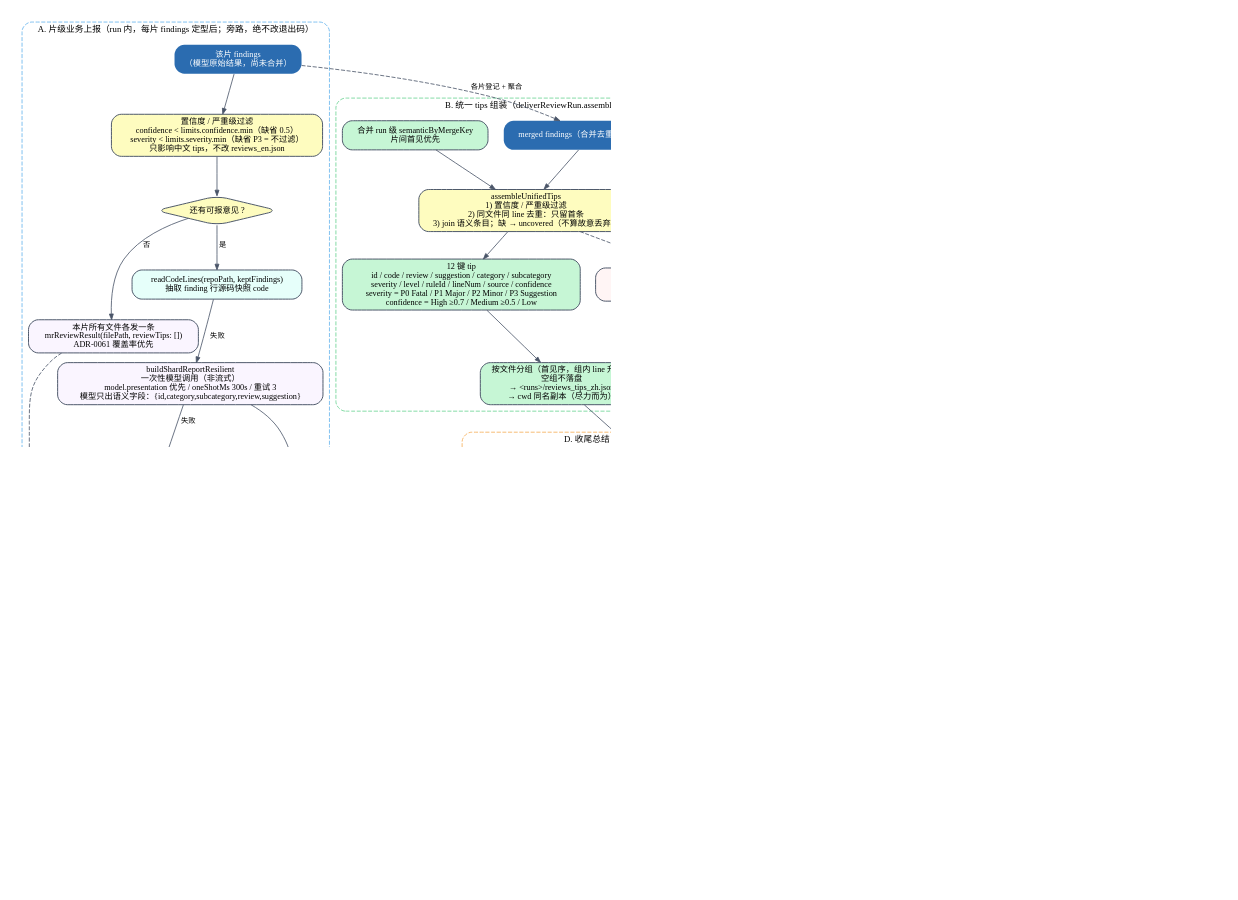
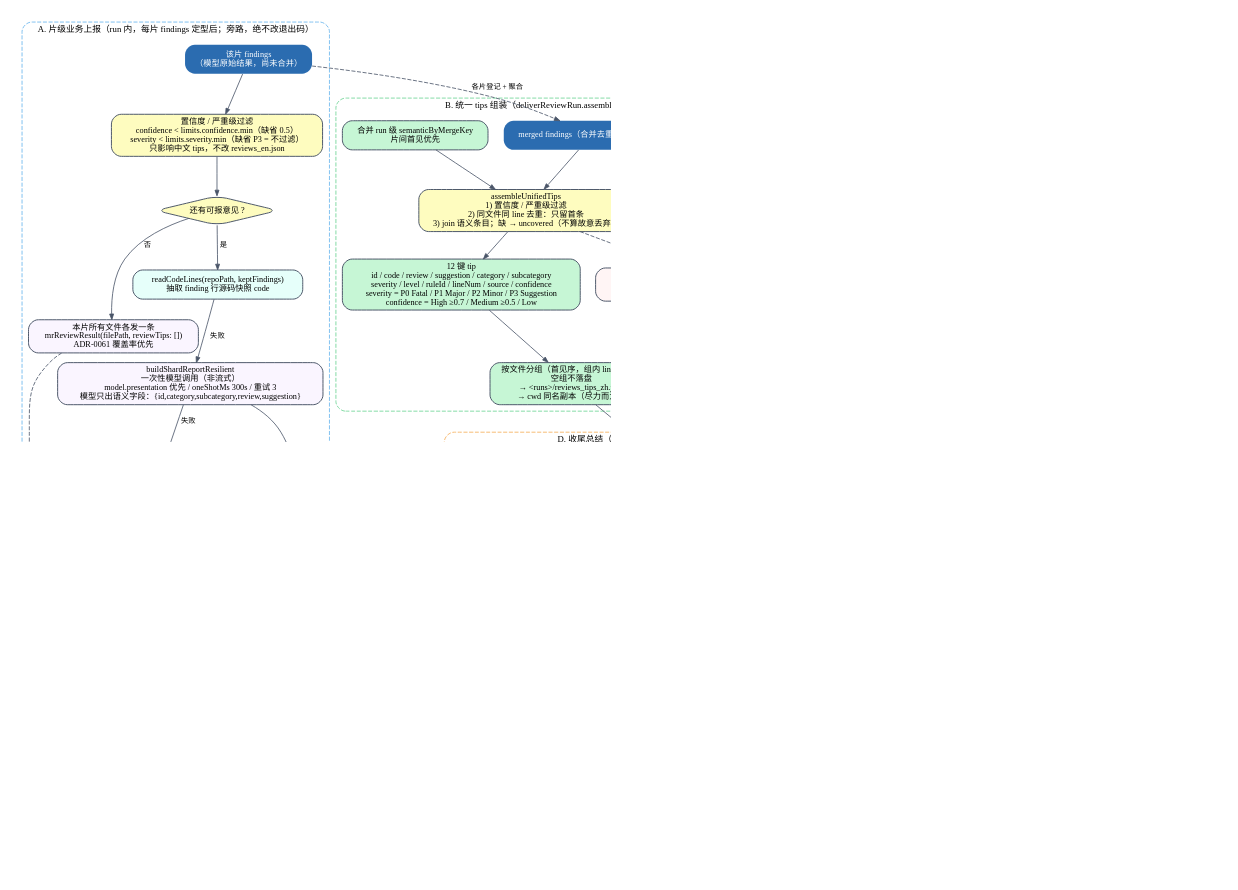
One commit to ffanwei/ReviewAgent-pi changed the diagram in docs/png/review-reporting.dot. Above: the diagram before and after it, drawn with Graphviz. The commit also changed 18 other files, not shown here.

```diff
--- a/docs/png/review-reporting.dot
+++ b/docs/png/review-reporting.dot
@@ -1,93 +1,93 @@
 digraph review_reporting {
   graph [charset="UTF-8", rankdir=TB, bgcolor="white", fontname="Microsoft YaHei", fontsize=12,
          nodesep=0.26, ranksep=0.34, pad=0.25, dpi=150];
   node  [shape=box, style="rounded,filled", fontname="Microsoft YaHei", fontsize=10.2,
          color="#4A5568", fillcolor="#F7FAFC", penwidth=1.2, margin="0.14,0.06"];
   edge  [fontname="Microsoft YaHei", fontsize=9, color="#4A5568", arrowsize=0.7];
 
   subgraph cluster_shard {
     label="A. 片级业务上报（run 内，每片 findings 定型后；旁路，绝不改退出码）";
     fontname="Microsoft YaHei"; fontsize=10.8; color="#63B3ED"; style="rounded,dashed";
 
     shardFindings [label="该片 findings\n（模型原始结果，尚未合并）", fillcolor="#2B6CB0", fontcolor="white", penwidth=0];
     conf [label="置信度 / 严重级过滤\nconfidence < limits.confidence.min（缺省 0.5）\nseverity < limits.severity.min（缺省 P3 = 不过滤）\n只影响中文 tips，不改 reviews_en.json", fillcolor="#FEFCBF"];
     keptq [label="还有可报意见 ?", shape=diamond, fillcolor="#FEFCBF"];
     emptyAll [label="本片所有文件各发一条\nmrReviewResult(filePath, reviewTips: [])\nADR-0061 覆盖率优先", fillcolor="#FAF5FF"];
     code [label="readCodeLines(repoPath, keptFindings)\n抽取 finding 行源码快照 code", fillcolor="#E6FFFA"];
     gen [label="buildShardReportResilient\n一次性模型调用（非流式）\nmodel.presentation 优先 / oneShotMs 300s / 重试 3\n模型只出语义字段：{id,category,subcategory,review,suggestion}", fillcolor="#FAF5FF"];
     split [label="全量生成失败（超时 / 截断 / 非 JSON）\n按条数二分拆批重试：DEFAULT_SPLIT_MAX_DEPTH = 2\n最坏 1+2+4 = 7 次调用；拆分批单次尝试、串行", fillcolor="#FED7D7"];
     failed [label="仍失败\n本片文件全部补空 tips\n逐条登记 uncovered 原因", fillcolor="#FED7D7"];
     validate [label="逐条校验 / 降级\nfilePath 规范化（反斜杠→/，拒绝绝对路径与 ..）\ncode 读不到 → 跳过该条报文（绝不编）\ncategory 兜底映射表仍不可归一 → 跳过\n缺字段 → finding 推导兜底并留痕", fillcolor="#FEFCBF"];
     semantic [label="语义登记 semanticByKey\n键 = 合并键 (file,line,title)\n同时记 uncoveredByKey（逐条原因）", fillcolor="#C6F6D5"];
     perFile [label="按文件分组，逐文件调用\nmrReviewResult(taskId, filePath, reviewTips)\n每文件只发一条（attempted 去重）", fillcolor="#FAF5FF"];
     submitted [label="成功才登记 submittedFindingKeys\n（收尾总结的唯一口径）", fillcolor="#C6F6D5"];
     remain [label="本片剩余文件补空包\nreportFilesWithoutTips(exclude=attempted)\n含「有 finding 但 tips 全被跳过 / 上报失败」", fillcolor="#FAF5FF"];
 
     shardFindings -> conf -> keptq;
     keptq -> emptyAll [label=" 否 "];
     keptq -> code [label=" 是 "];
     code -> gen -> split [label=" 失败 "];
     split -> validate [label=" 救回部分 "];
     gen -> validate [label=" 成功 "];
     split -> failed [label=" 仍失败 "];
     failed -> remain;
     validate -> semantic -> perFile -> submitted -> remain;
     emptyAll -> remain [style=dashed];
   }
 
   subgraph cluster_tips {
     label="B. 统一 tips 组装（deliverReviewRun.assembleTips / persistTips，cli/delivery.ts）";
     fontname="Microsoft YaHei"; fontsize=10.8; color="#68D391"; style="rounded,dashed";
     merged [label="merged findings（合并去重后，F001…）", fillcolor="#2B6CB0", fontcolor="white", penwidth=0];
     mergeSem [label="合并 run 级 semanticByMergeKey\n片间首见优先", fillcolor="#C6F6D5"];
     build [label="assembleUnifiedTips\n1) 置信度 / 严重级过滤\n2) 同文件同 line 去重：只留首条\n3) join 语义条目；缺 → uncovered（不算故意丢弃）", fillcolor="#FEFCBF"];
     keys [label="12 键 tip\nid / code / review / suggestion / category / subcategory\nseverity / level / ruleId / lineNum / source / confidence\nseverity = P0 Fatal / P1 Major / P2 Minor / P3 Suggestion\nconfidence = High ≥0.7 / Medium ≥0.5 / Low", fillcolor="#C6F6D5"];
     doc [label="按文件分组（首见序，组内 line 升序）\n空组不落盘\n→ <runs>/reviews_tips_zh.json\n→ cwd 同名副本（尽力而为）", fillcolor="#C6F6D5"];
     uncovered [label="未覆盖逐条 stderr\n「未获统一生成覆盖（file:line (id)），tips 缺席该条：原因」\n审计只记 tipsFilter（阈值 + 丢弃数）", fillcolor="#FFF5F5"];
 
     merged -> build;
     mergeSem -> build;
     build -> keys -> doc;
     build -> uncovered [style=dashed];
   }
 
   subgraph cluster_present {
     label="C. 业务关闭时的统一生成兜底（deliverReviewRun.assembleTips 内一次，不发报文；ADR-0065）";
     fontname="Microsoft YaHei"; fontsize=10.8; color="#B794F4"; style="rounded,dashed";
     engineq [label="taskToolsOn ?", shape=diamond, fillcolor="#FEFCBF"];
     noop [label="业务开启\n片级回调已生成并登记语义\n收尾零额外调用"];
     fallback [label="buildShardReportResilient(keptFindings)\n一次非流式模型调用（仅登记语义）\n失败：二分拆批重试 → uncovered", fillcolor="#FAF5FF"];
     noroll [label="不回落呈现引擎\npresentation.engine 仅 legacy 兼容键\nstdout 恒英文、无 presentation 键", fillcolor="#C6F6D5"];
     engineq -> noop [label=" 是 "];
     engineq -> fallback [label=" 否 "];
     fallback -> noroll;
     noop -> noroll;
   }
 
   subgraph cluster_summary {
     label="D. 收尾总结（deliverReviewRun.publishSummary）与 finalizeDelivery";
     fontname="Microsoft YaHei"; fontsize=10.8; color="#F6AD55"; style="rounded,dashed";
     scope [label="口径 = 平台最终收到的意见\nsummaryFindings = findings ∩ submittedFindingKeys\nsummaryTips = tips 中 id ∈ submittedSourceIds\n（未上报条目不进总结）", fillcolor="#FEFCBF"];
     zeroq [label="findings 条数 ?", shape=diamond, fillcolor="#FEFCBF"];
-    fixedZero [label="固定文案\n# 检视总结\n\n本次检视未发现缺陷。\n（不调用模型）", fillcolor="#C6F6D5"];
-    fixedUnrep[label="零已上报但存在未上报\n固定「未向平台上报任何检视意见」\n绝不谎报「未发现缺陷」", fillcolor="#FFF5F5"];
+    fixedZero [label="四节结构化模板\n本次检视未发现缺陷。+ ⭐⭐⭐⭐\n（不调用模型）", fillcolor="#C6F6D5"];
+    fixedUnrep[label="零已上报（含有意见未上报）\n同一四节模板「未发现缺陷」\n⭐⭐⭐⭐（ADR-0100）", fillcolor="#C6F6D5"];
     model [label="buildReviewSummary\n中文 tips + findings 摘要 → Markdown\n失败 / 空回复 → 确定性模板\n（计数 + 按文件清单）", fillcolor="#FAF5FF"];
     settle [label="固定沉降 5s（ADR-0053）\nmrReviewResult → saveReviewSummary\n→ endTask", fillcolor="#FEFCBF"];
     save [label="publishSummary → saveReviewSummary(taskId, markdownContent)", fillcolor="#FAF5FF"];
     end [label="[finally] finalizeDelivery → endTask(taskId)\n必发（startTask 成功过）", fillcolor="#FAF5FF"];
     log [label="finalizeDelivery 后续\nruns/mcp.json / lifecycle / trace\n事件 flush：sent / failed / dropped → close\n[time] 阶段账本 / [usage] 整任务账本（stderr）", fillcolor="#C6F6D5"];
 
     scope -> zeroq;
     zeroq -> fixedZero [label=" 0 "];
     zeroq -> fixedUnrep [label=" >0 但都已上报集合为空 "];
     zeroq -> model [label=" >0 且有已上报 "];
     model -> settle;
     fixedZero -> settle;
     fixedUnrep -> settle;
     settle -> save -> end -> log;
   }
 
   shardFindings -> merged [style=dashed, label=" 各片登记 + 聚合 "];
   doc -> scope;
   noroll -> scope [style=dotted, label=" 无呈现翻译 "];
 }
```
